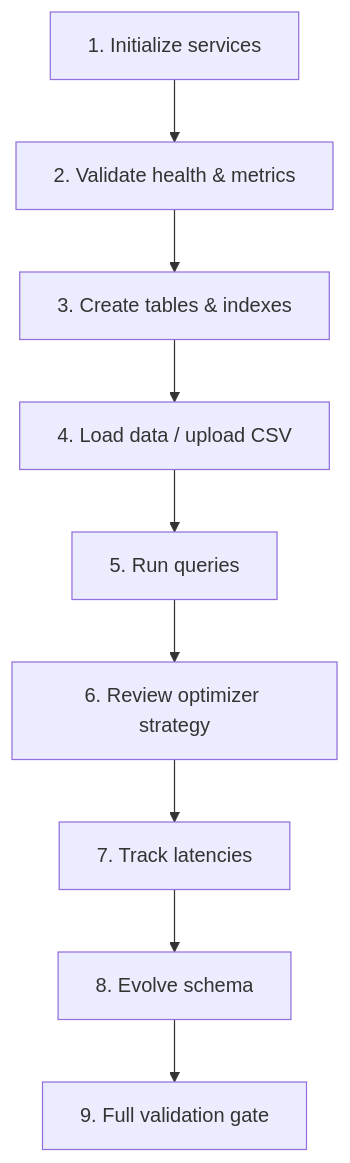
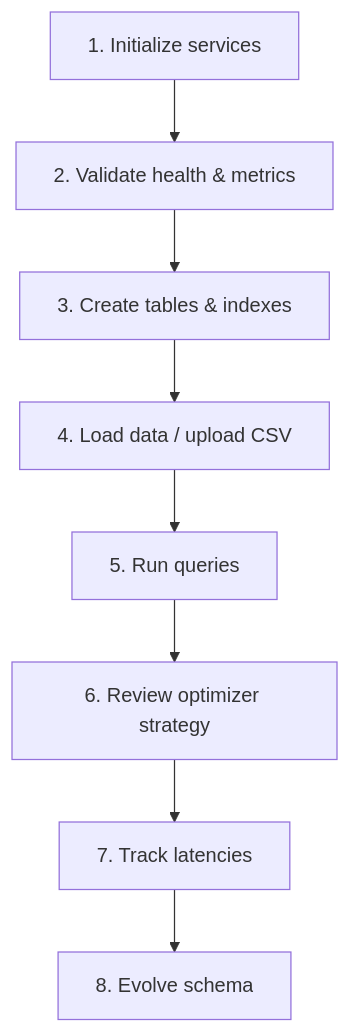
The fourth of 5 diagrams in README.md (Yash020405/ArborDB), drawn with Mermaid before and after one commit. The commit also changed other lines of this file, not shown here.

````diff
--- a/README.md
+++ b/README.md
@@ -74,11 +115,10 @@
 ```mermaid
 graph TD
     s1[1. Initialize services] --> s2[2. Validate health & metrics]
     s2 --> s3[3. Create tables & indexes]
     s3 --> s4[4. Load data / upload CSV]
     s4 --> s5[5. Run queries]
     s5 --> s6[6. Review optimizer strategy]
     s6 --> s7[7. Track latencies]
     s7 --> s8[8. Evolve schema]
-    s8 --> s9[9. Full validation gate]
 ```
````
